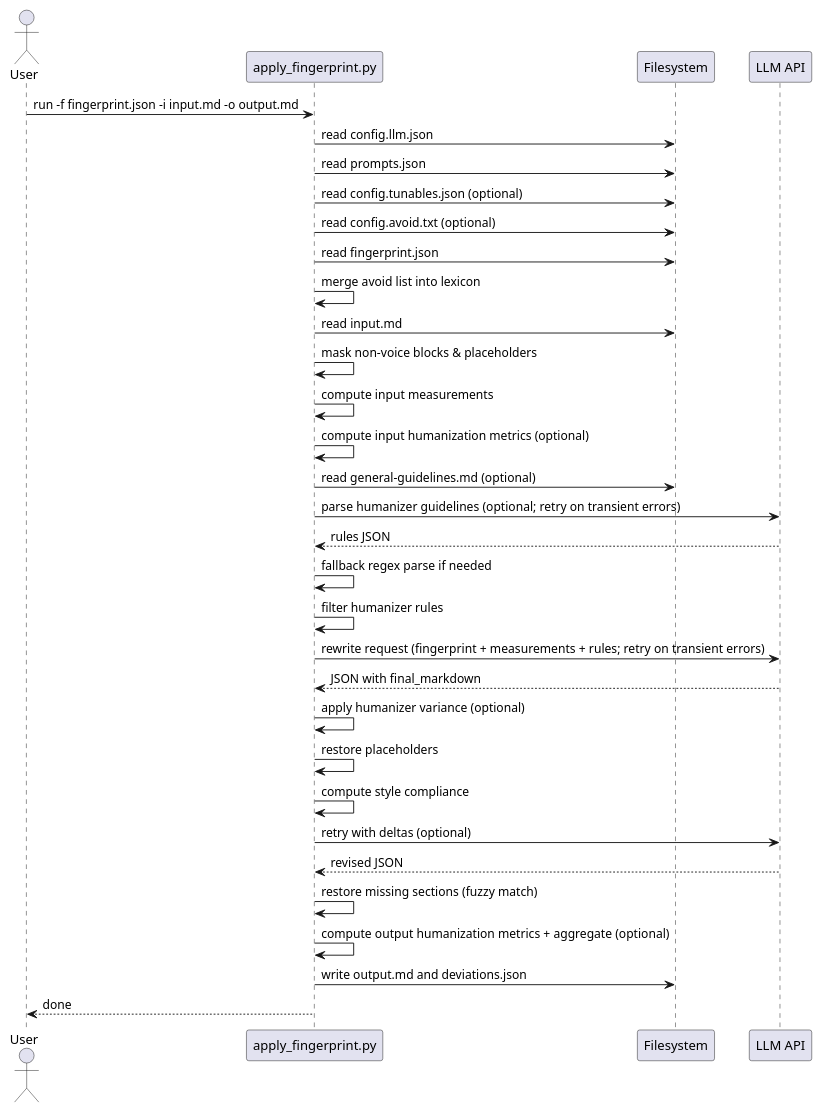
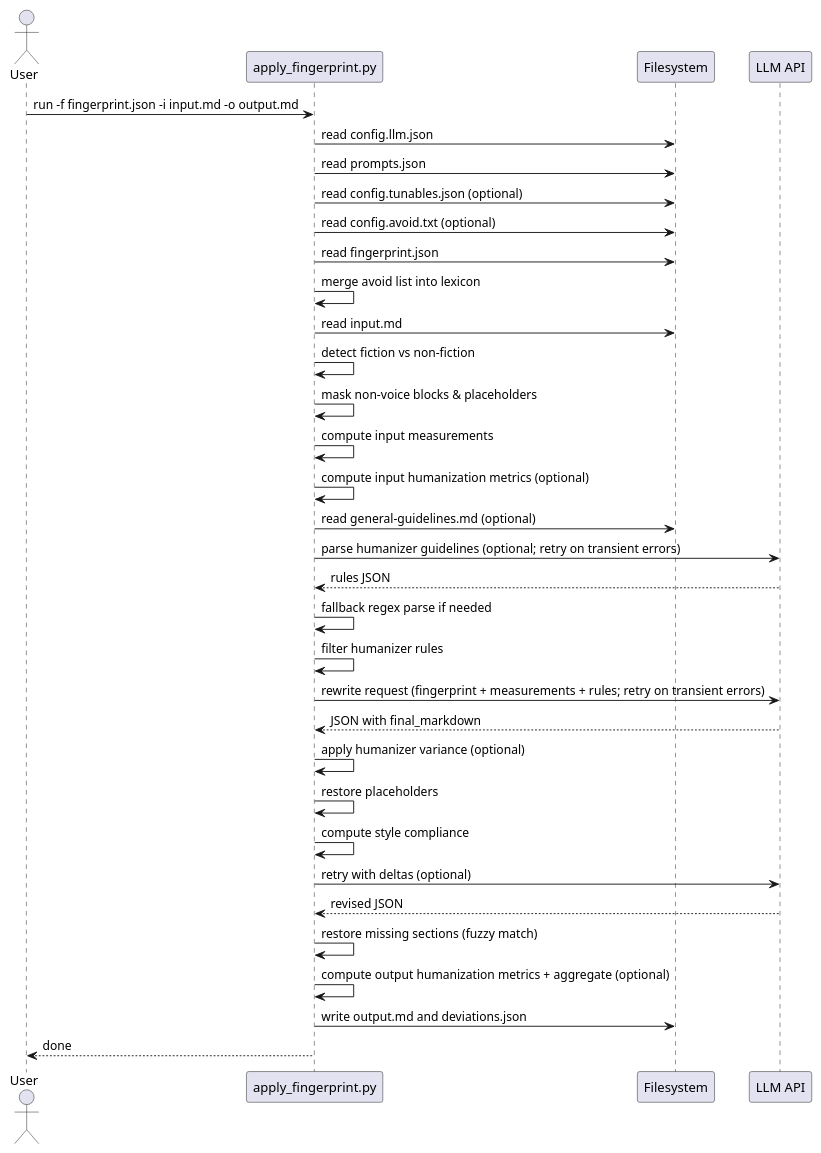
One commit to ngpepin/stylometric-transfer changed the third of 3 diagrams in UML-Apply.md. Above: the diagram before and after it, drawn with PlantUML. The commit also changed other lines of this file and 5 other files, not shown here.

````diff
--- a/UML-Apply.md
+++ b/UML-Apply.md
@@ -143,36 +147,37 @@
 ```plantuml
 @startuml
 actor User
 participant "apply_fingerprint.py" as AF
 participant "Filesystem" as FS
 participant "LLM API" as LLM
 
 User -> AF : run -f fingerprint.json -i input.md -o output.md
 AF -> FS : read config.llm.json
 AF -> FS : read prompts.json
 AF -> FS : read config.tunables.json (optional)
 AF -> FS : read config.avoid.txt (optional)
 AF -> FS : read fingerprint.json
 AF -> AF : merge avoid list into lexicon
 AF -> FS : read input.md
+AF -> AF : detect fiction vs non-fiction
 AF -> AF : mask non-voice blocks & placeholders
 AF -> AF : compute input measurements
 AF -> AF : compute input humanization metrics (optional)
 AF -> FS : read general-guidelines.md (optional)
 AF -> LLM : parse humanizer guidelines (optional; retry on transient errors)
 LLM --> AF : rules JSON
 AF -> AF : fallback regex parse if needed
 AF -> AF : filter humanizer rules
 AF -> LLM : rewrite request (fingerprint + measurements + rules; retry on transient errors)
 LLM --> AF : JSON with final_markdown
 AF -> AF : apply humanizer variance (optional)
 AF -> AF : restore placeholders
 AF -> AF : compute style compliance
 AF -> LLM : retry with deltas (optional)
 LLM --> AF : revised JSON
 AF -> AF : restore missing sections (fuzzy match)
 AF -> AF : compute output humanization metrics + aggregate (optional)
 AF -> FS : write output.md and deviations.json
 AF --> User : done
 @enduml
 ```
````
